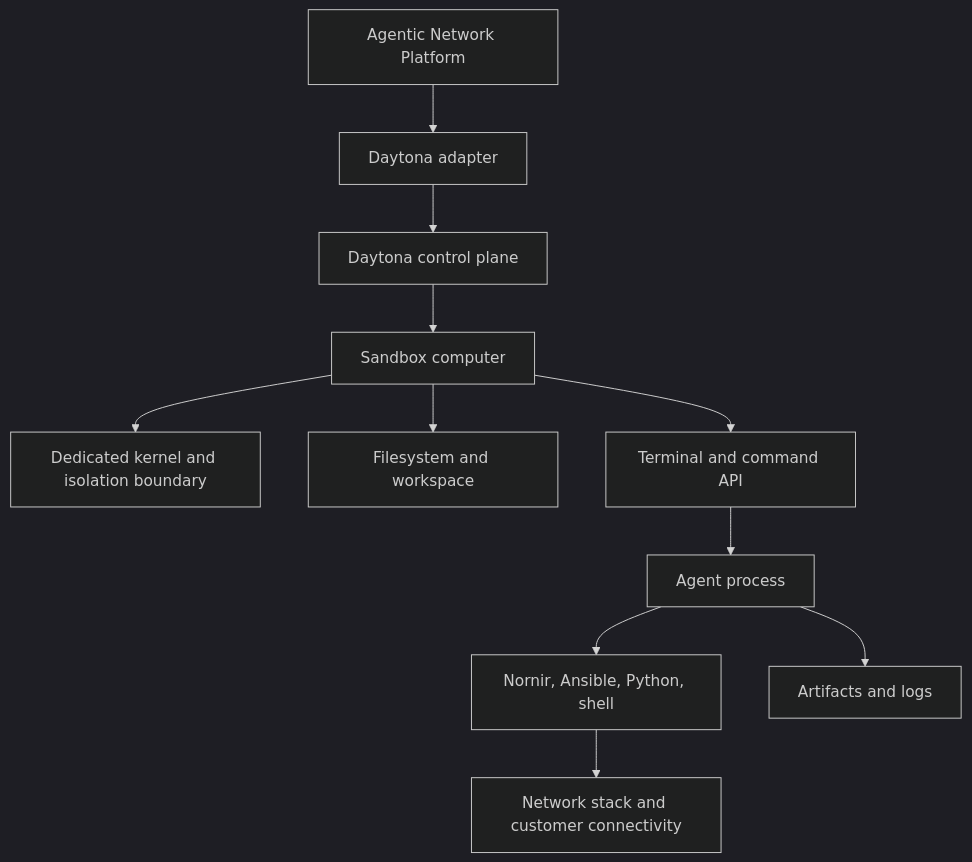
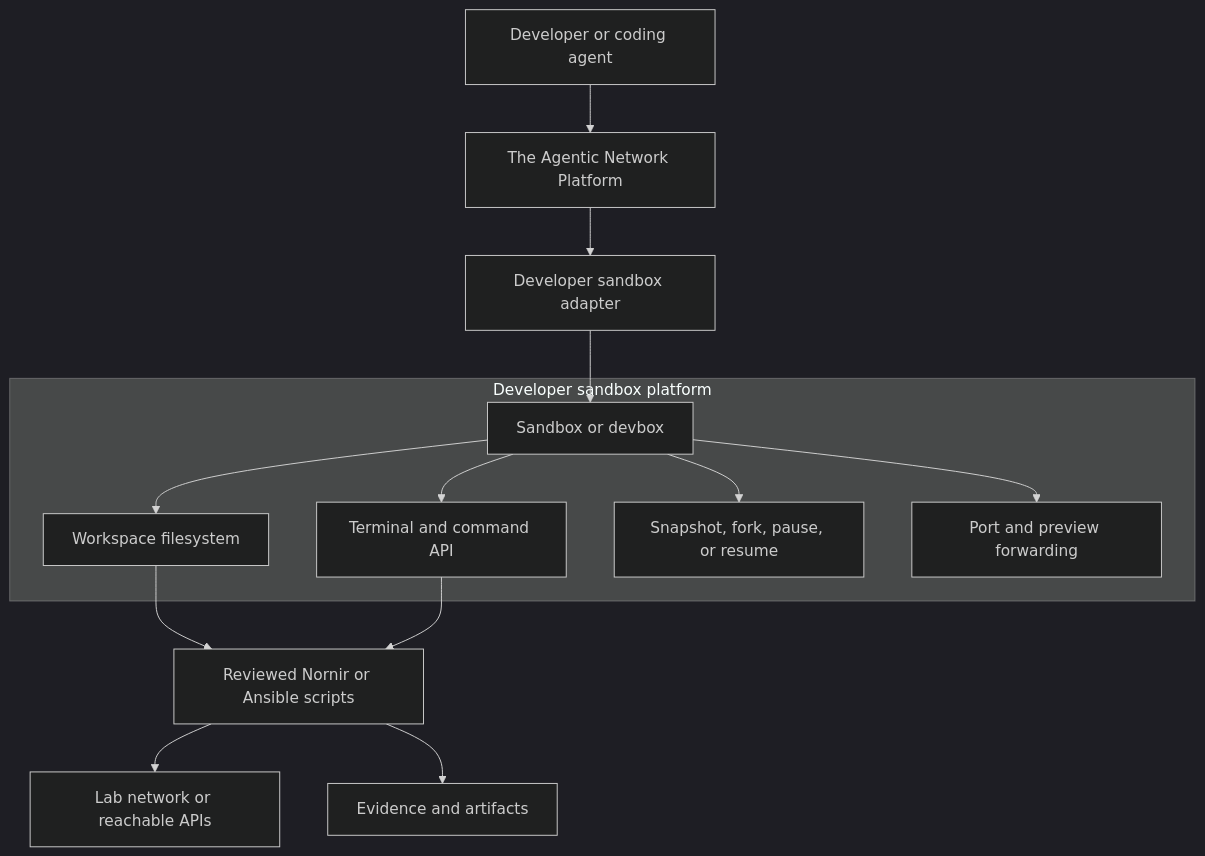
One commit to ColtMercer/the-agentic-network-platform changed the fourth of 7 diagrams in docs/architecture/runtime-execution-environment-evaluation.md. Above: the diagram before and after it, drawn with Mermaid (dark theme). The commit also changed other lines of this file and 1 other file, not shown here.

````diff
--- a/docs/architecture/runtime-execution-environment-evaluation.md
+++ b/docs/architecture/runtime-execution-environment-evaluation.md
@@ -443,25 +258,30 @@
 ```mermaid
 flowchart TB
-    platform["Agentic Network Platform"]
-    adapter["Daytona adapter"]
-    daytona["Daytona control plane"]
-    sandbox["Sandbox computer"]
-    kernel["Dedicated kernel and isolation boundary"]
-    workspace["Filesystem and workspace"]
-    terminal["Terminal and command API"]
-    agent["Agent process"]
-    tools["Nornir, Ansible, Python, shell"]
-    network["Network stack and customer connectivity"]
-    evidence["Artifacts and logs"]
+    developer["Developer or coding agent"]
+    platform["The Agentic Network Platform"]
+    adapter["Developer sandbox adapter"]
 
+    subgraph sandboxProvider["Developer sandbox platform"]
+        sandbox["Sandbox or devbox"]
+        workspace["Workspace filesystem"]
+        terminal["Terminal and command API"]
+        snapshot["Snapshot, fork, pause, or resume"]
+        ports["Port and preview forwarding"]
+    end
+
+    scripts["Reviewed Nornir or Ansible scripts"]
+    evidence["Evidence and artifacts"]
+    networkLab["Lab network or reachable APIs"]
+
+    developer --> platform
     platform --> adapter
-    adapter --> daytona
-    daytona --> sandbox
-    sandbox --> kernel
+    adapter --> sandbox
     sandbox --> workspace
     sandbox --> terminal
-    terminal --> agent
-    agent --> tools
-    tools --> network
-    agent --> evidence
+    sandbox --> snapshot
+    sandbox --> ports
+    workspace --> scripts
+    terminal --> scripts
+    scripts --> networkLab
+    scripts --> evidence
 ```
````
